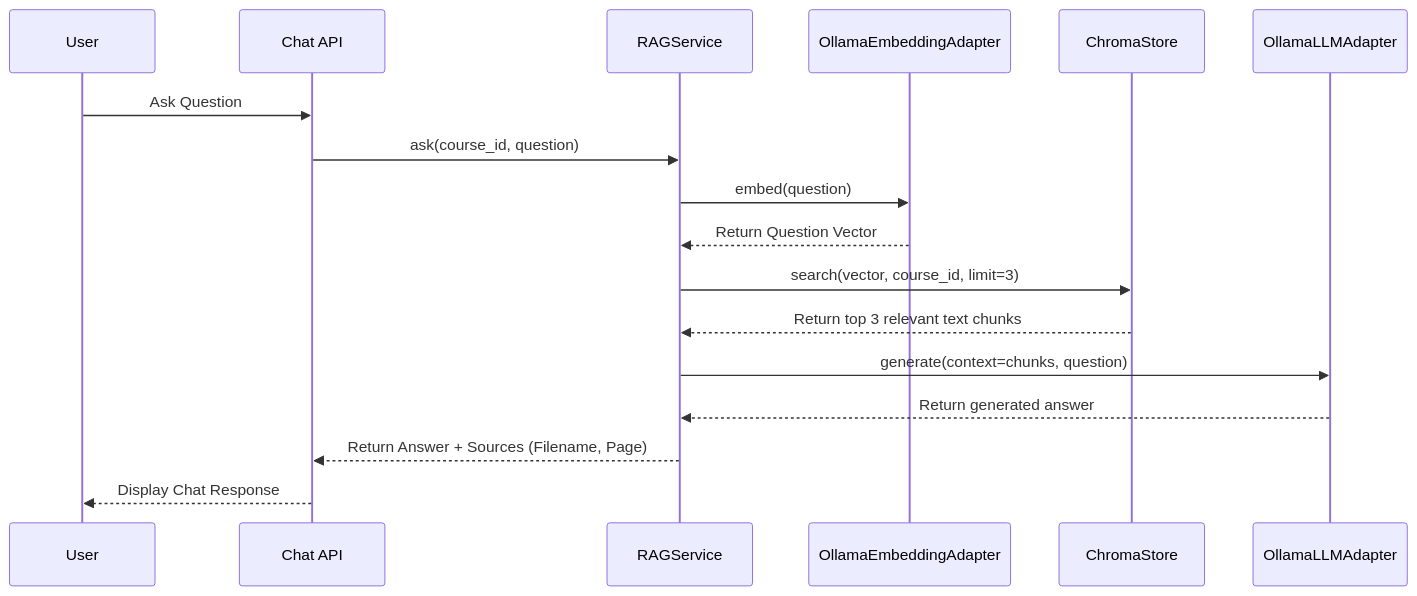
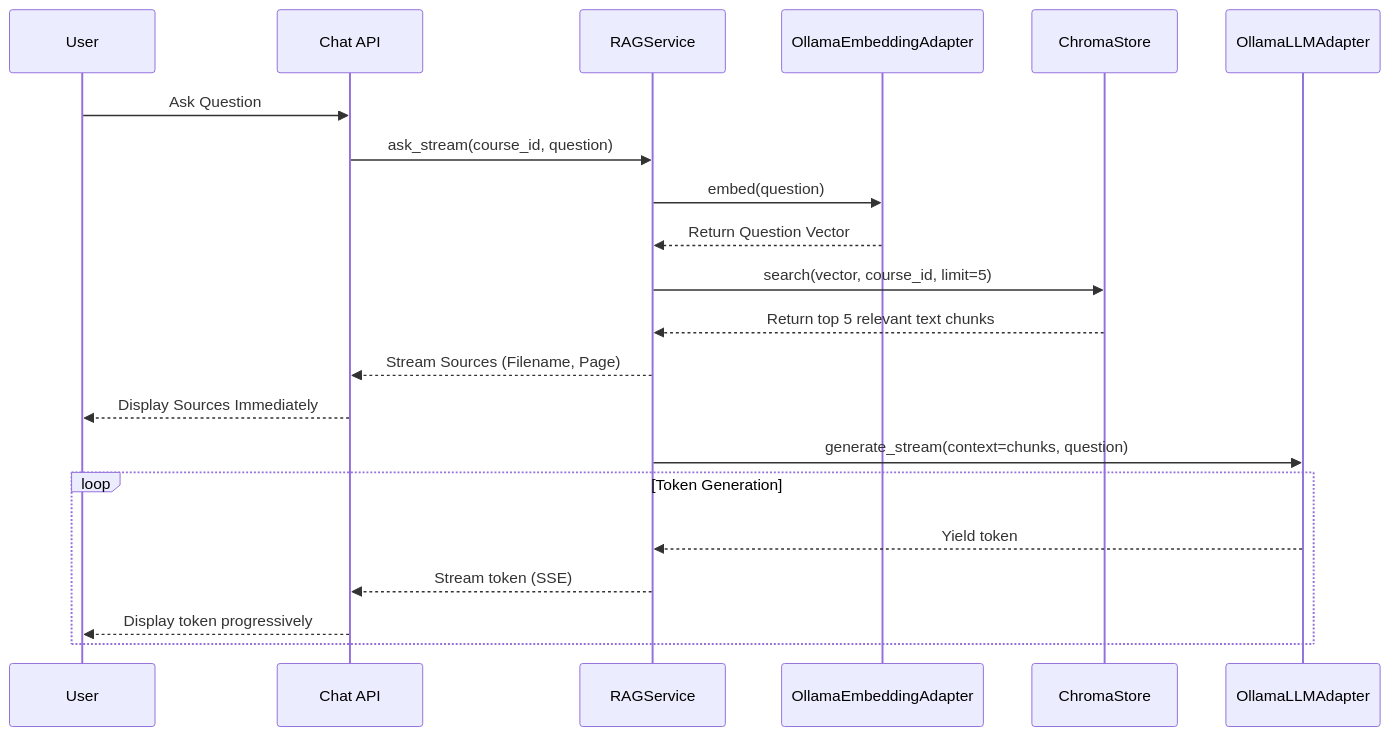
One commit to dexbanoen/Nota changed the third of 3 diagrams in ARCHITECTURE.md. Above: the diagram before and after it, drawn with Mermaid. The commit also changed other lines of this file and 1 other file, not shown here.

````diff
--- a/ARCHITECTURE.md
+++ b/ARCHITECTURE.md
@@ -76,20 +76,24 @@
 ```mermaid
 sequenceDiagram
     participant User
     participant API as Chat API
     participant RAG as RAGService
     participant OllamaEmb as OllamaEmbeddingAdapter
     participant Chroma as ChromaStore
     participant OllamaLLM as OllamaLLMAdapter
 
     User->>API: Ask Question
-    API->>RAG: ask(course_id, question)
+    API->>RAG: ask_stream(course_id, question)
     RAG->>OllamaEmb: embed(question)
     OllamaEmb-->>RAG: Return Question Vector
-    RAG->>Chroma: search(vector, course_id, limit=3)
-    Chroma-->>RAG: Return top 3 relevant text chunks
-    RAG->>OllamaLLM: generate(context=chunks, question)
-    OllamaLLM-->>RAG: Return generated answer
-    RAG-->>API: Return Answer + Sources (Filename, Page)
-    API-->>User: Display Chat Response
+    RAG->>Chroma: search(vector, course_id, limit=5)
+    Chroma-->>RAG: Return top 5 relevant text chunks
+    RAG-->>API: Stream Sources (Filename, Page)
+    API-->>User: Display Sources Immediately
+    RAG->>OllamaLLM: generate_stream(context=chunks, question)
+    loop Token Generation
+        OllamaLLM-->>RAG: Yield token
+        RAG-->>API: Stream token (SSE)
+        API-->>User: Display token progressively
+    end
 ```
````
